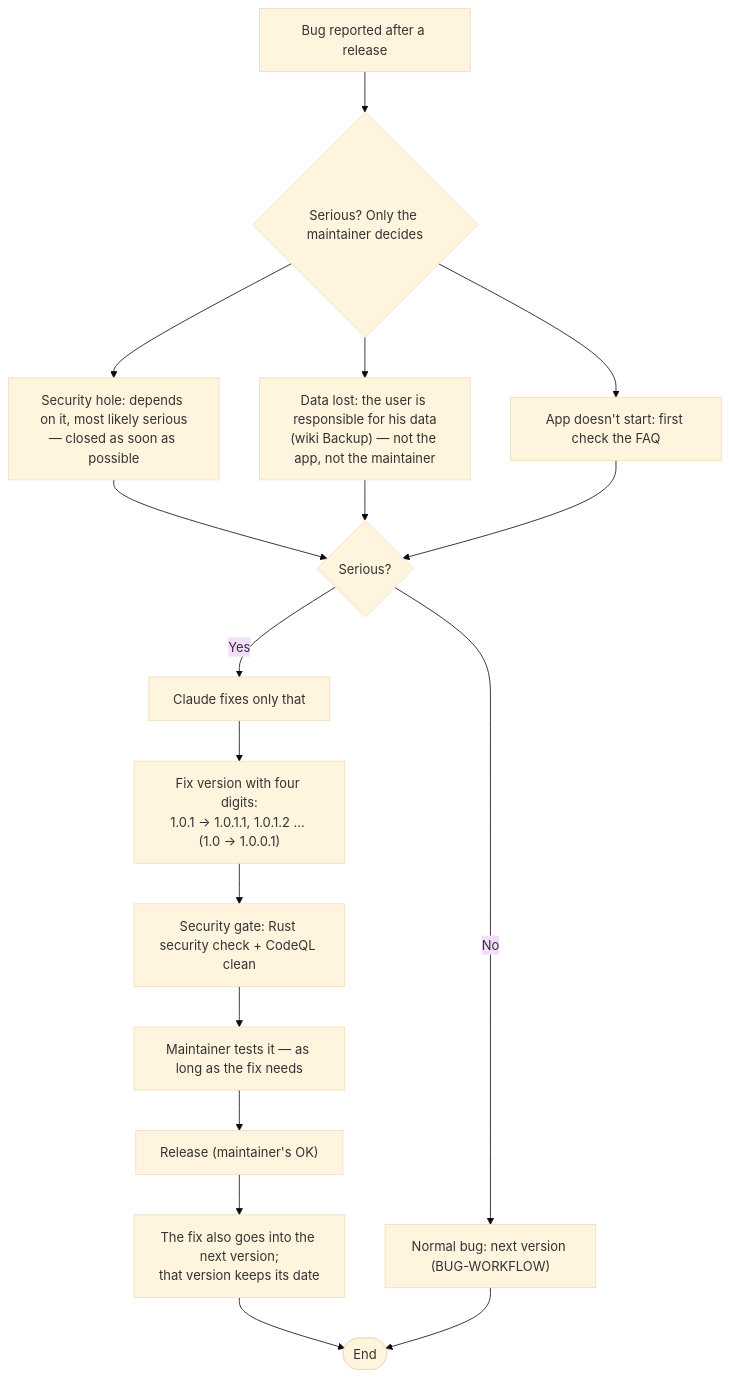
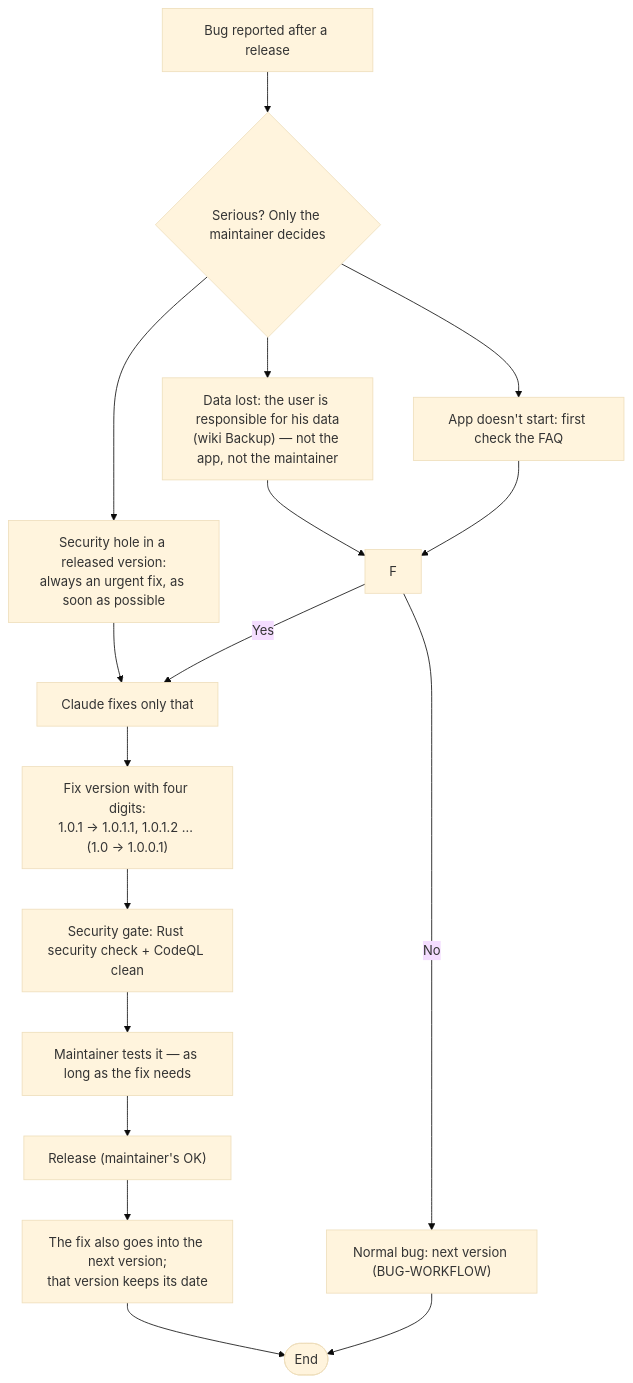
One commit to GFGMNET/Workspace changed the diagram in docs/URGENT-FIX-WORKFLOW.md. Above: the diagram before and after it, drawn with Mermaid (base theme). The commit also changed 7 other files, not shown here.

First line of the commit message:
Workflows: ideas → feature, wishes and duplicates in bug reports, security after release = urgent fix, closing a version with plans not ready; duplicate check also for bugs (and against votes)

````diff
--- a/docs/URGENT-FIX-WORKFLOW.md
+++ b/docs/URGENT-FIX-WORKFLOW.md
@@ -5,19 +5,19 @@
 ```mermaid
 flowchart TD
    A["Bug reported after a release"] --> B{"Serious? Only the maintainer decides"}
-   B --> C["Security hole: depends on it, most likely serious<br/>— closed as soon as possible"]
+   B --> C["Security hole in a released version:<br/>always an urgent fix, as soon as possible"]
    B --> D["Data lost: the user is responsible for his data<br/>(wiki Backup) — not the app, not the maintainer"]
    B --> E["App doesn't start: first check the FAQ"]
-   C --> F{"Serious?"}
+   C --> H{"Serious?"}
    D --> F
    E --> F
    F -->|No| G["Normal bug: next version (BUG-WORKFLOW)"]
    F -->|Yes| H["Claude fixes only that"]
    H --> I["Fix version with four digits:<br/>1.0.1 → 1.0.1.1, 1.0.1.2 … (1.0 → 1.0.0.1)"]
    I --> J["Security gate: Rust security check + CodeQL clean"]
    J --> K["Maintainer tests it — as long as the fix needs"]
    K --> L["Release (maintainer's OK)"]
    L --> N["The fix also goes into the next version;<br/>that version keeps its date"]
    N --> M([End])
    G --> M
 ```
````
